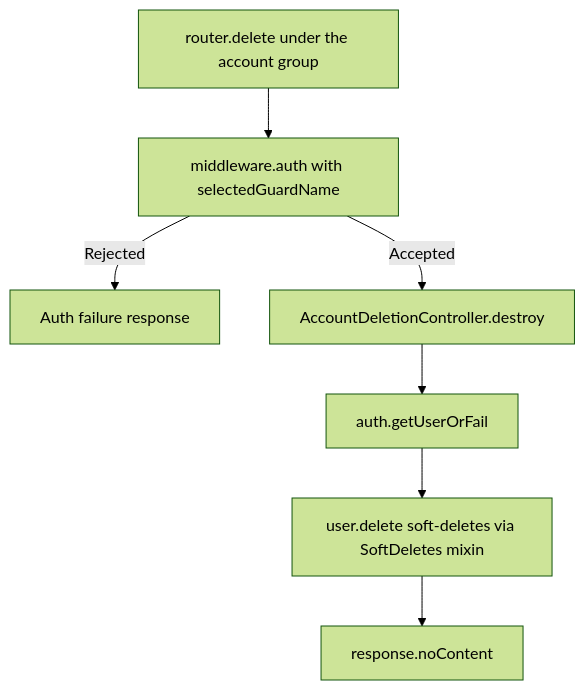
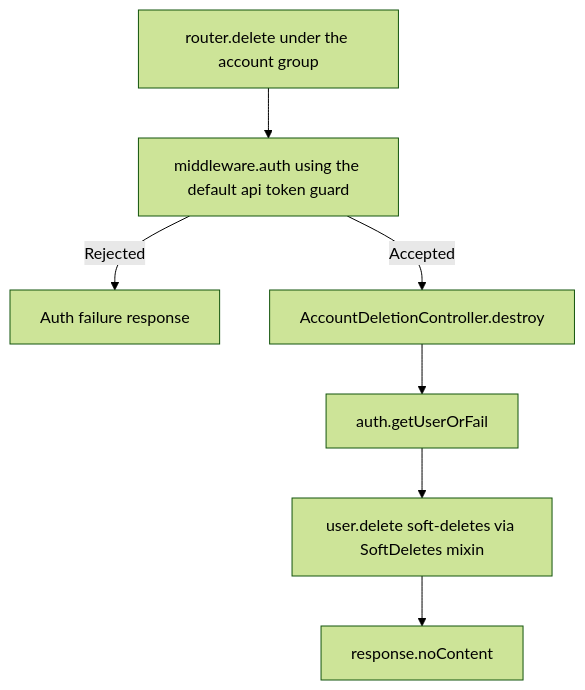
One commit to Kevinjohn/oss-adonisjs-lucid-soft-delete changed the second of 2 diagrams in user-stories/example-apps/us-demo-01-api-account-deletion.md. Above: the diagram before and after it, drawn with Mermaid (forest theme). The commit also changed other lines of this file and 19 other files, not shown here.

````diff
--- a/user-stories/example-apps/us-demo-01-api-account-deletion.md
+++ b/user-stories/example-apps/us-demo-01-api-account-deletion.md
@@ -34,9 +34,9 @@
 ```mermaid
 flowchart TD
-    A["router.delete under the account group"] --> B["middleware.auth with selectedGuardName"]
+    A["router.delete under the account group"] --> B["middleware.auth using the default api token guard"]
     B -->|Rejected| C["Auth failure response"]
     B -->|Accepted| D["AccountDeletionController.destroy"]
     D --> E["auth.getUserOrFail"]
     E --> F["user.delete soft-deletes via SoftDeletes mixin"]
     F --> G["response.noContent"]
 ```
````
